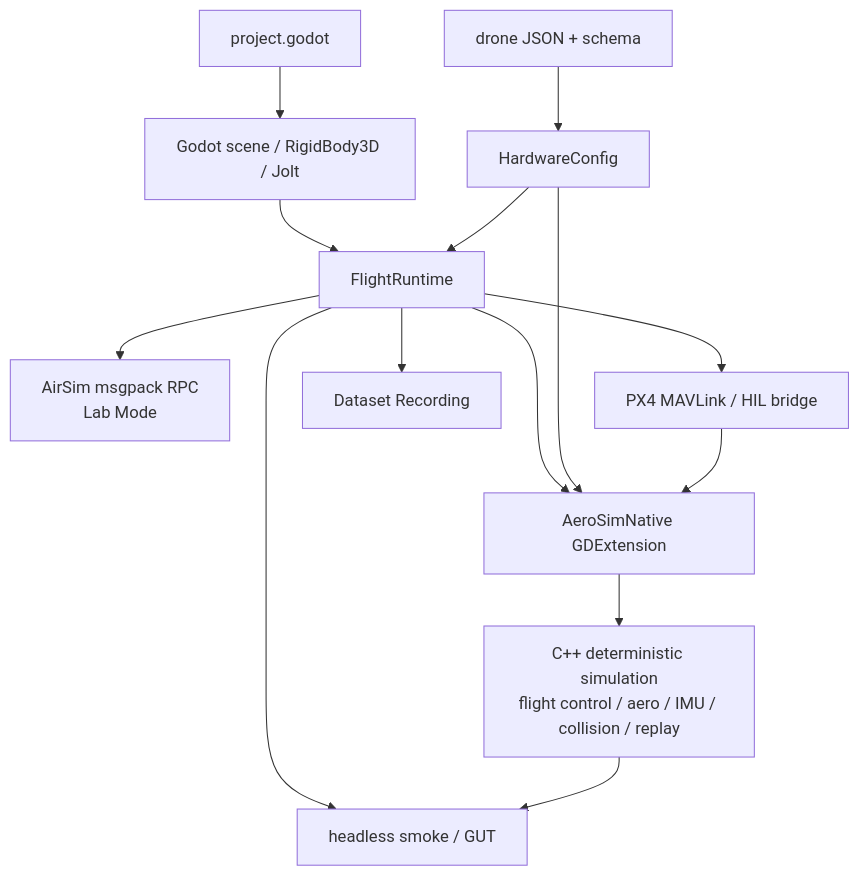
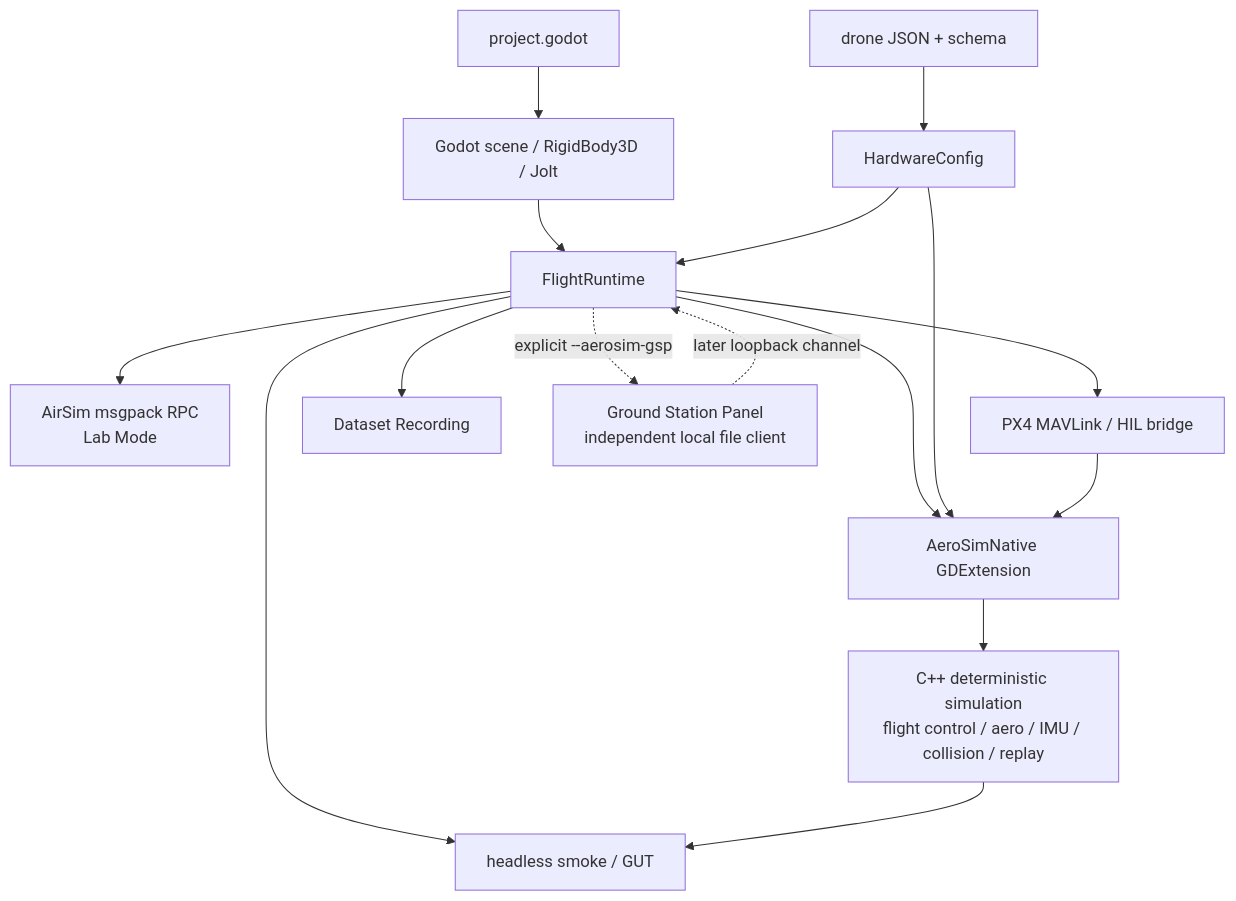
One commit to KarlSideProjects/AeroSim changed the first of 5 diagrams in docs/wiki/architecture.md. Above: the diagram before and after it, drawn with Mermaid. The commit also changed other lines of this file and 84 other files, not shown here.

First line of the commit message:
feat: add AeroSim Ground Station Panel (#254)

````diff
--- a/docs/wiki/architecture.md
+++ b/docs/wiki/architecture.md
@@ -24,16 +26,18 @@
 ```mermaid
 flowchart TD
     Project[project.godot] --> Scene[Godot scene / RigidBody3D / Jolt]
     Scene --> Runtime[FlightRuntime]
     Runtime --> Native[AeroSimNative GDExtension]
     Native --> Core[C++ deterministic simulation\nflight control / aero / IMU / collision / replay]
     Config[drone JSON + schema] --> HardwareConfig[HardwareConfig]
     HardwareConfig --> Runtime
     HardwareConfig --> Native
     Runtime --> AirSim[AirSim msgpack RPC\nLab Mode]
     Runtime --> PX4[PX4 MAVLink / HIL bridge]
     Runtime --> Dataset[Dataset Recording]
+    Runtime -. explicit --aerosim-gsp .-> GSP[Ground Station Panel\nindependent local file client]
+    GSP -. later loopback channel .-> Runtime
     PX4 --> Native
     Runtime --> Evidence[headless smoke / GUT]
     Core --> Evidence
 ```
````
